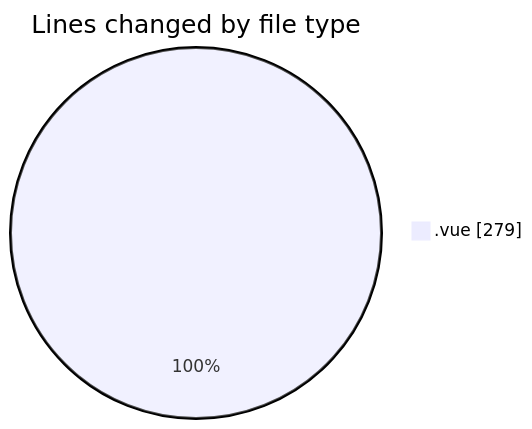
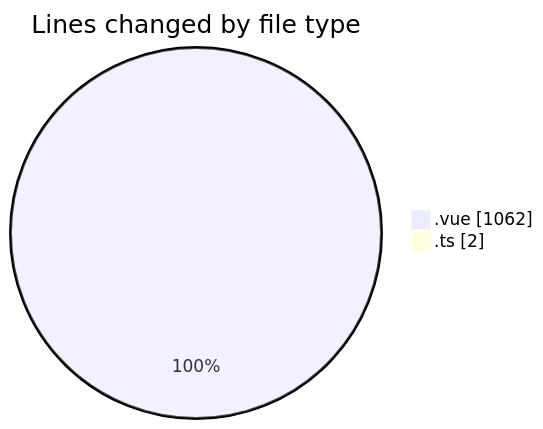
Before and after one commit to robertbonfada/code-tracking: the first of 2 diagrams in 2025-03-17/lumine-web/README.md, drawn with Mermaid. The commit also changed other lines of this file and 1 other file, not shown here.

````diff
--- a/2025-03-17/lumine-web/README.md
+++ b/2025-03-17/lumine-web/README.md
@@ -22,5 +25,6 @@
 ```mermaid
 pie showData
 title Lines changed by file type
-".vue" : 279
+".vue" : 1062
+".ts" : 2
 ```
````
